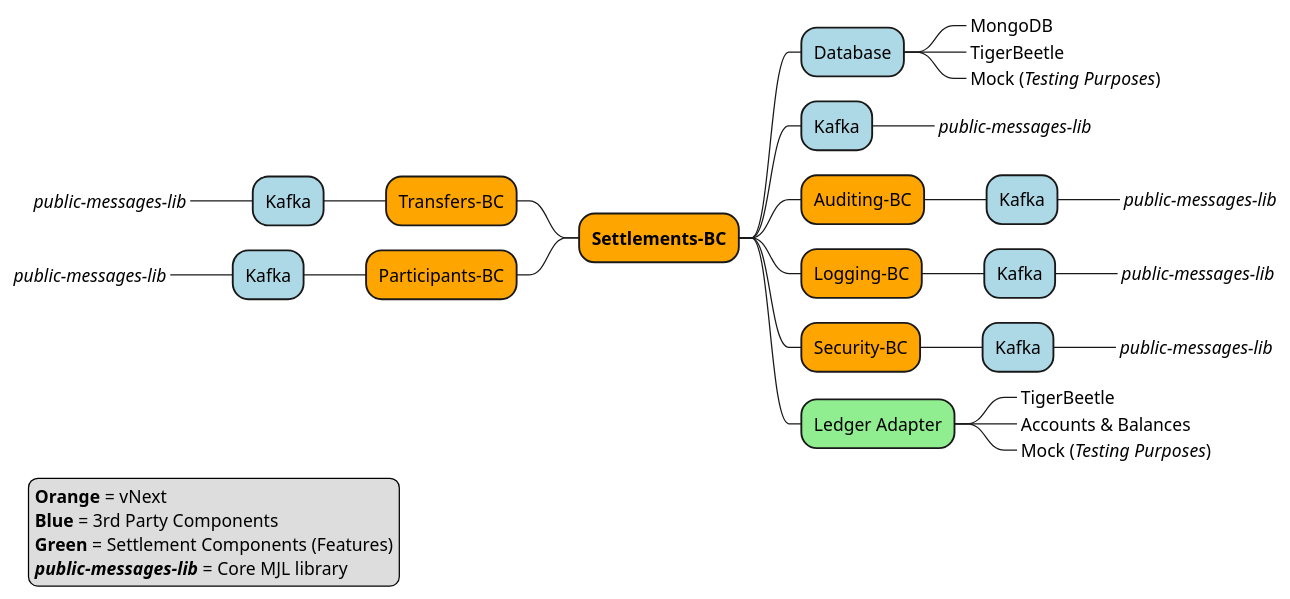
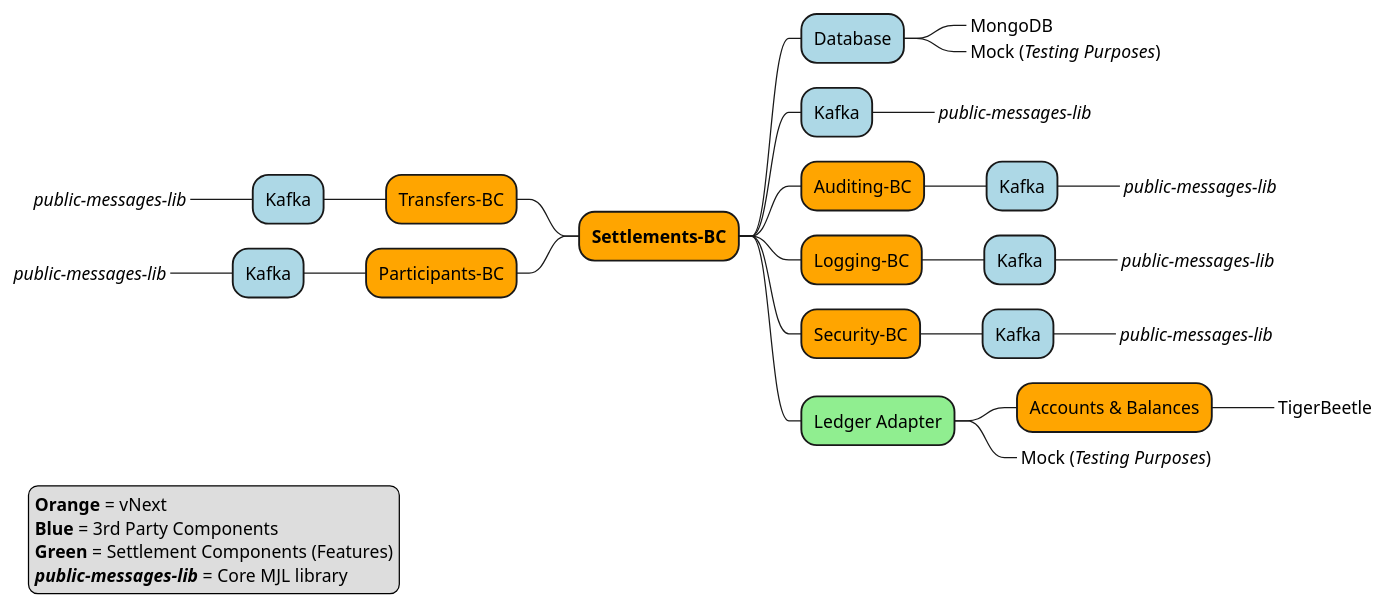
One commit to mojaloop/settlements-bc changed the diagram in docs/flows/30-settlement-architecture-vnext.puml. Above: the diagram before and after it, drawn with PlantUML. The commit also changed 1 other file, not shown here.

Commit message:
[ci skip] Context diagram.

```diff
--- a/docs/flows/30-settlement-architecture-vnext.puml
+++ b/docs/flows/30-settlement-architecture-vnext.puml
@@ -1,36 +1,35 @@
 @startmindmap
 +[#Orange] **Settlements-BC**
 ++[#Lightblue] Database
 +++_ MongoDB
-+++_ TigerBeetle
 +++_ Mock (//Testing Purposes//)
 ++[#Lightblue] Kafka
 +++_ //public-messages-lib//
 ++[#Orange] Auditing-BC
 +++[#Lightblue] Kafka
 ++++_ //public-messages-lib//
 ++[#Orange] Logging-BC
 +++[#Lightblue] Kafka
 ++++_ //public-messages-lib//
 ++[#Orange] Security-BC
 +++[#Lightblue] Kafka
 ++++_ //public-messages-lib//
 ++[#LightGreen] Ledger Adapter
-***_ TigerBeetle
-***_ Accounts & Balances
++++[#Orange] Accounts & Balances
+****_ TigerBeetle
 ***_ Mock (//Testing Purposes//)
 --[#Orange] Transfers-BC
 ---[#Lightblue] Kafka
 ----_ //public-messages-lib//
 --[#Orange] Participants-BC
 ---[#Lightblue] Kafka
 ----_ //public-messages-lib//
 
 legend left
 **Orange** = vNext
 **Blue** = 3rd Party Components
 **Green** = Settlement Components (Features)
 **//public-messages-lib//** = Core MJL library
 endlegend
 
 @endmindmap
```
